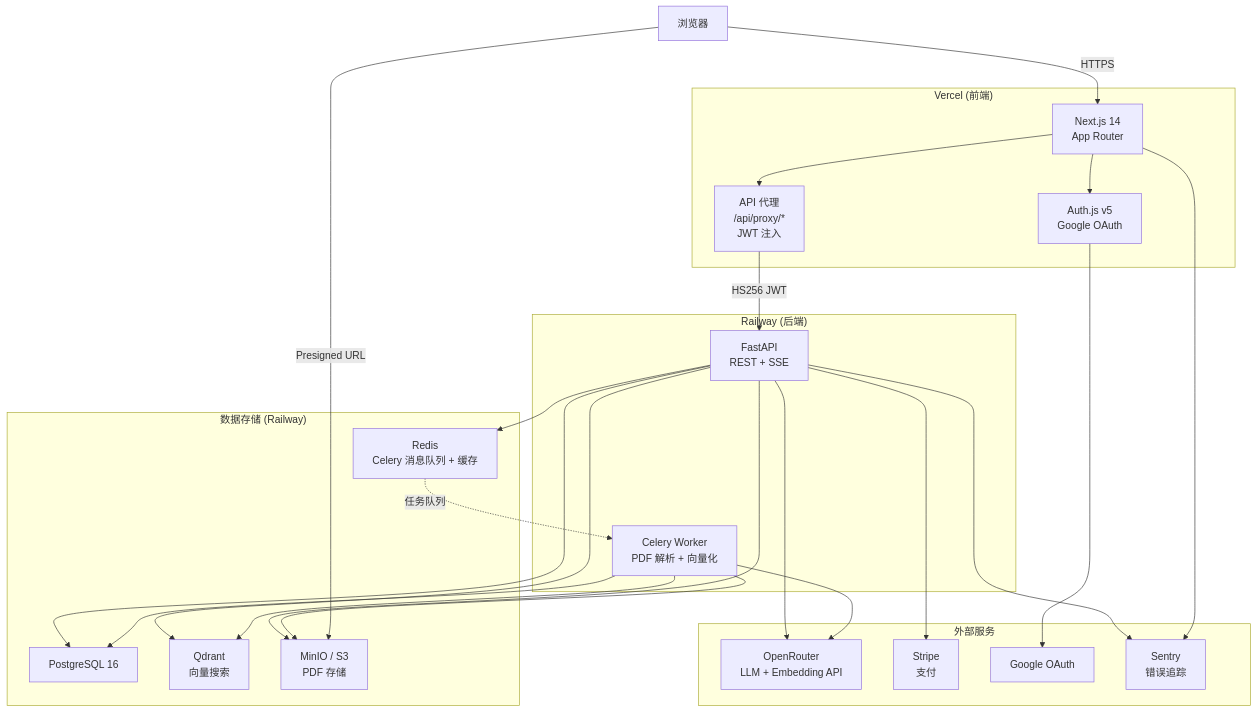
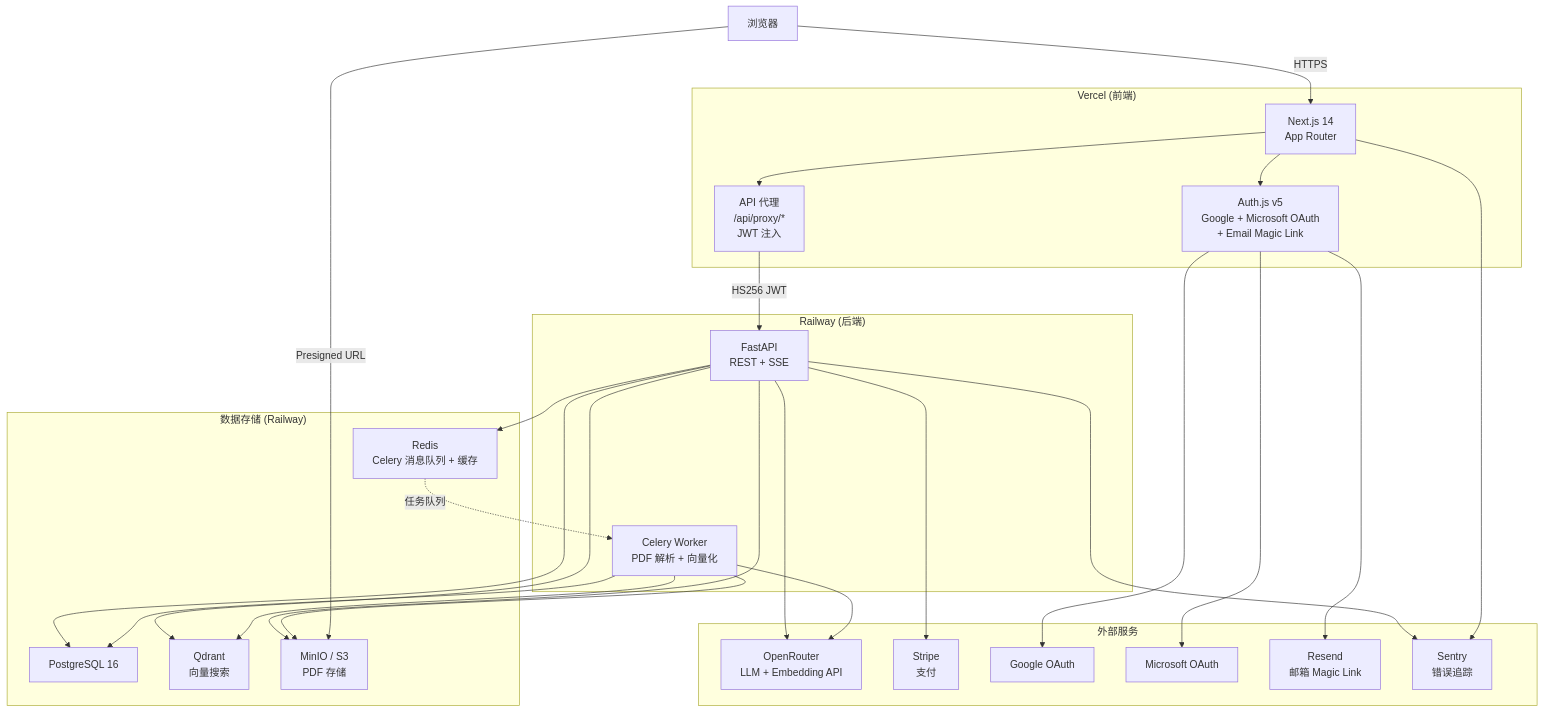
The first of 9 diagrams in docs/ARCHITECTURE.zh.md (Rswcf/DocTalk), drawn with Mermaid before and after one commit. The commit also changed other lines of this file and 6 other files, not shown here.

First line of the commit message:
docs: update all docs for Microsoft OAuth + Email Magic Link

````diff
--- a/docs/ARCHITECTURE.zh.md
+++ b/docs/ARCHITECTURE.zh.md
@@ -11,49 +11,53 @@
 ```mermaid
 graph TB
     Browser["浏览器"]
 
     subgraph Vercel["Vercel (前端)"]
         NextJS["Next.js 14<br/>App Router"]
-        AuthJS["Auth.js v5<br/>Google OAuth"]
+        AuthJS["Auth.js v5<br/>Google + Microsoft OAuth<br/>+ Email Magic Link"]
         Proxy["API 代理<br/>/api/proxy/*<br/>JWT 注入"]
     end
 
     subgraph Railway["Railway (后端)"]
         FastAPI["FastAPI<br/>REST + SSE"]
         Celery["Celery Worker<br/>PDF 解析 + 向量化"]
     end
 
     subgraph DataStores["数据存储 (Railway)"]
         PG["PostgreSQL 16"]
         Qdrant["Qdrant<br/>向量搜索"]
         Redis["Redis<br/>Celery 消息队列 + 缓存"]
         MinIO["MinIO / S3<br/>PDF 存储"]
     end
 
     subgraph External["外部服务"]
         OpenRouter["OpenRouter<br/>LLM + Embedding API"]
         Stripe["Stripe<br/>支付"]
         Google["Google OAuth"]
+        Microsoft["Microsoft OAuth"]
+        Resend["Resend<br/>邮箱 Magic Link"]
         Sentry["Sentry<br/>错误追踪"]
     end
 
     Browser -->|HTTPS| NextJS
     NextJS --> AuthJS
     NextJS --> Proxy
     Proxy -->|HS256 JWT| FastAPI
     FastAPI --> PG
     FastAPI --> Qdrant
     FastAPI --> Redis
     FastAPI --> MinIO
     FastAPI --> OpenRouter
     FastAPI --> Stripe
     Celery --> PG
     Celery --> Qdrant
     Celery --> MinIO
     Celery --> OpenRouter
     Redis -.->|任务队列| Celery
     AuthJS --> Google
+    AuthJS --> Microsoft
+    AuthJS --> Resend
     FastAPI --> Sentry
     NextJS --> Sentry
     Browser -->|Presigned URL| MinIO
 ```
````
